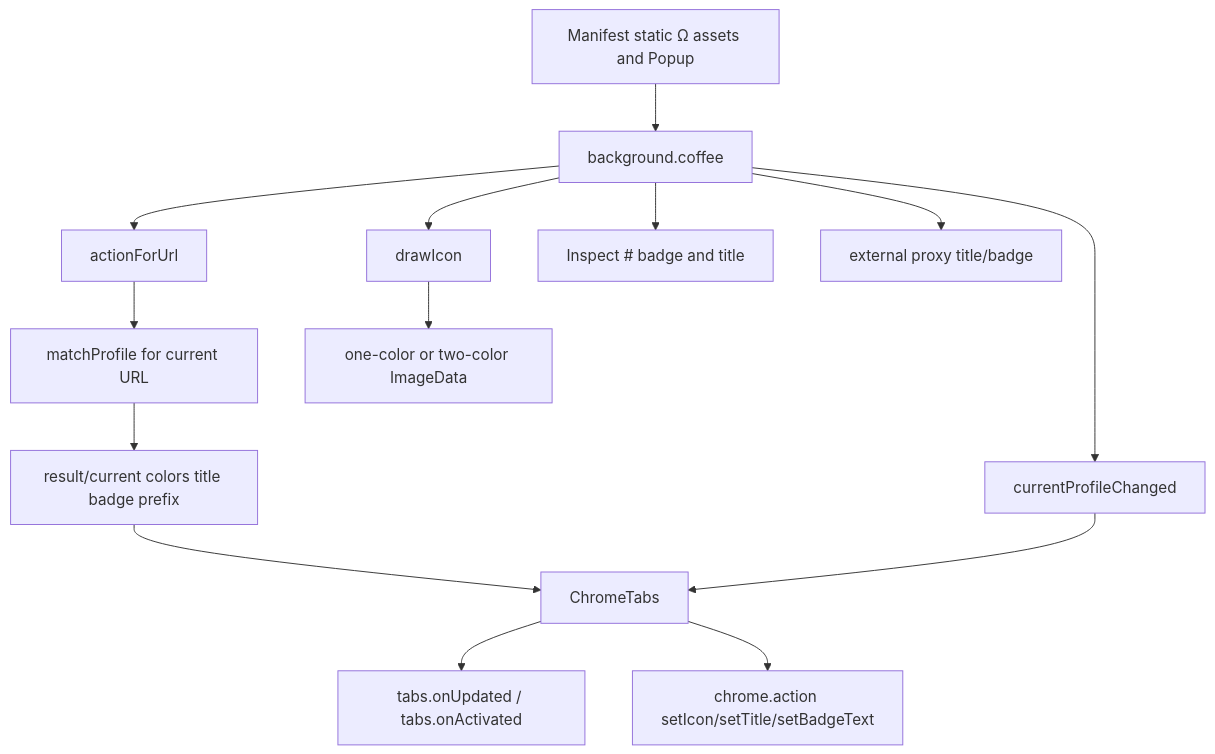
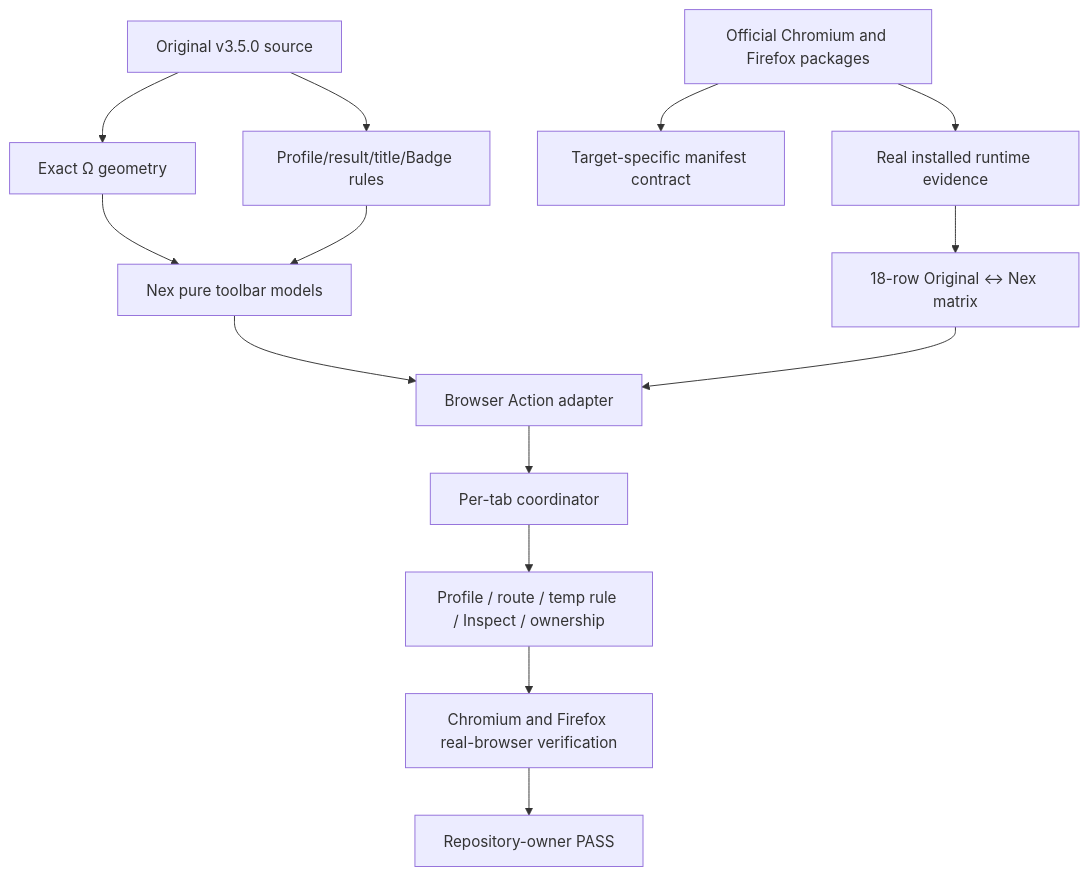
One commit to ChriX-Goh/ZeroOmega-Nex changed the first of 2 diagrams in docs/DELIVERY_ORDER_01_TOOLBAR_STATE.md. Above: the diagram before and after it, drawn with Mermaid. The commit also changed other lines of this file, not shown here.

Commit message:
docs: realign toolbar delivery order with runtime evidence

````diff
--- a/docs/DELIVERY_ORDER_01_TOOLBAR_STATE.md
+++ b/docs/DELIVERY_ORDER_01_TOOLBAR_STATE.md
@@ -44,16 +46,16 @@
 ```mermaid
 graph TD
-  M[Manifest static Ω assets and Popup] --> B[background.coffee]
-  B --> D[drawIcon]
-  B --> A[actionForUrl]
-  B --> C[currentProfileChanged]
-  A --> MATCH[matchProfile for current URL]
-  MATCH --> STATE[result/current colors title badge prefix]
-  D --> ICON[one-color or two-color ImageData]
-  STATE --> T[ChromeTabs]
-  C --> T
-  T --> EV[tabs.onUpdated / tabs.onActivated]
-  T --> ACT[chrome.action setIcon/setTitle/setBadgeText]
-  B --> INSPECT[Inspect # badge and title]
-  B --> EXTERNAL[external proxy title/badge]
+  SRC[Original v3.5.0 source] --> GEOM[Exact Ω geometry]
+  SRC --> STATE[Profile/result/title/Badge rules]
+  PKG[Official Chromium and Firefox packages] --> MANIFEST[Target-specific manifest contract]
+  PKG --> RUNTIME[Real installed runtime evidence]
+  GEOM --> PURE[Nex pure toolbar models]
+  STATE --> PURE
+  RUNTIME --> MATRIX[18-row Original ↔ Nex matrix]
+  PURE --> ADAPTER[Browser Action adapter]
+  MATRIX --> ADAPTER
+  ADAPTER --> COORD[Per-tab coordinator]
+  COORD --> INPUTS[Profile / route / temp rule / Inspect / ownership]
+  INPUTS --> REAL[Chromium and Firefox real-browser verification]
+  REAL --> OWNER[Repository-owner PASS]
 ```
````
